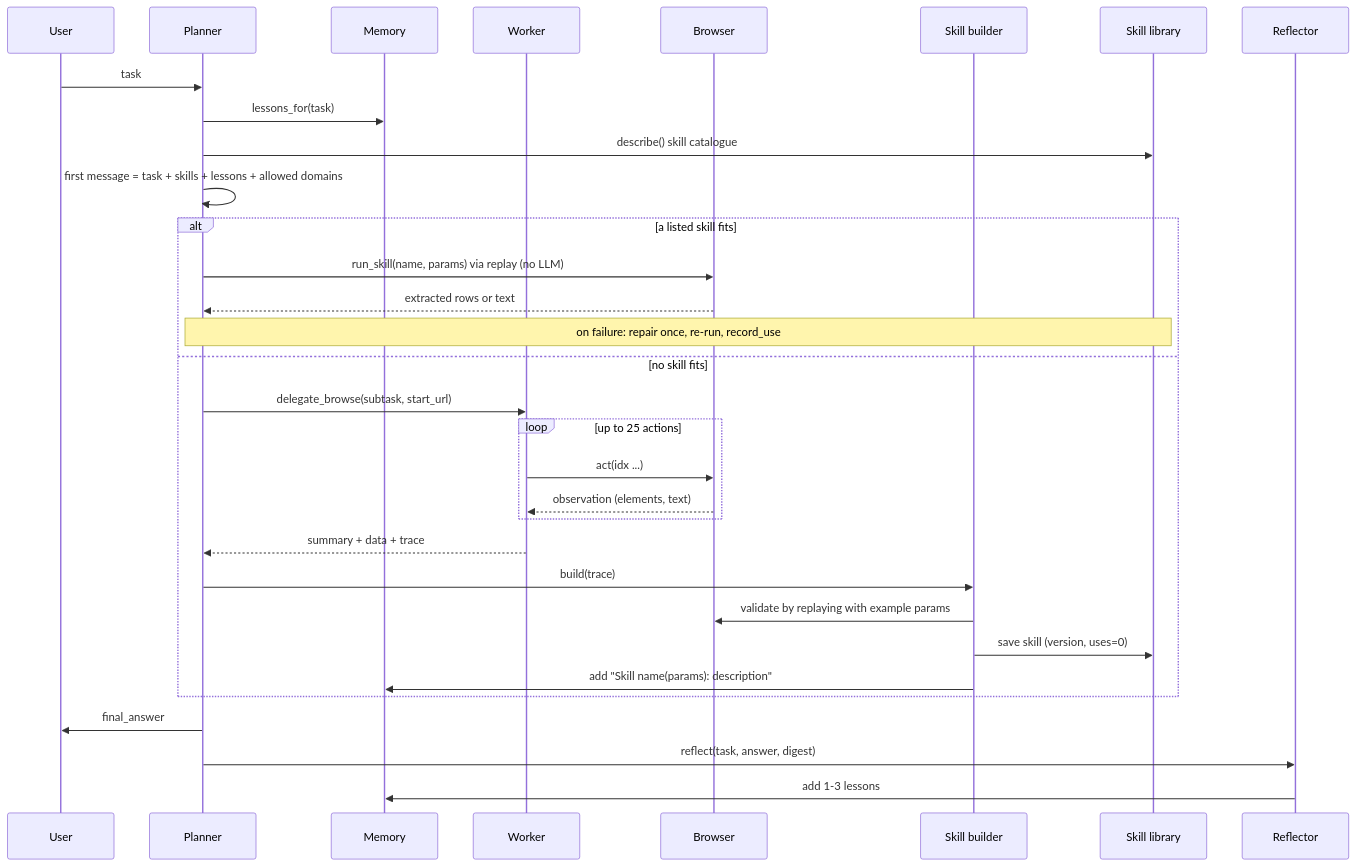
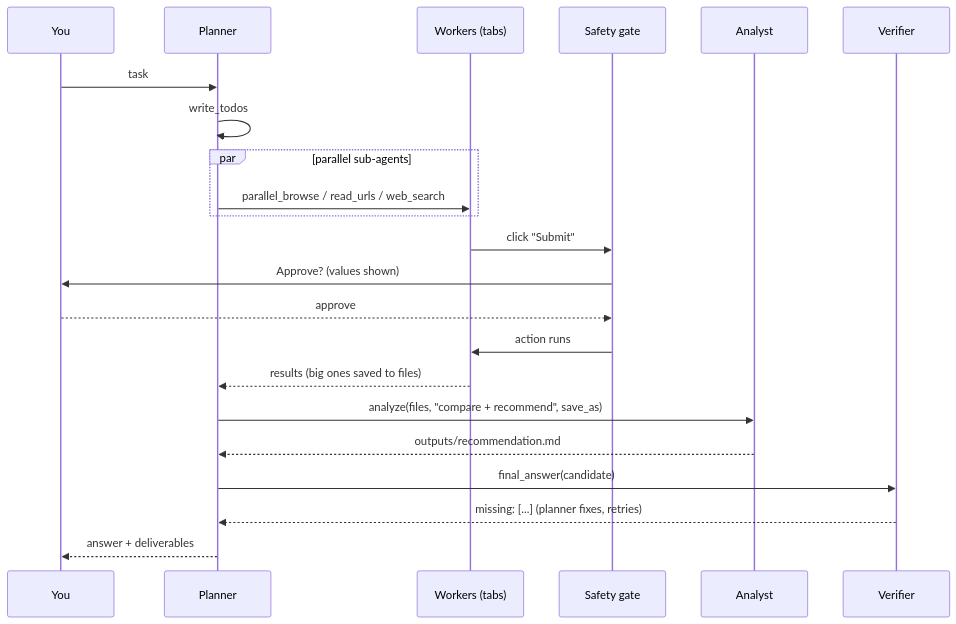
Before and after one commit to Auro-rium/web-forge: the diagram in docs/ARCHITECTURE.md, drawn with Mermaid. The commit also changed other lines of this file and 66 other files, not shown here.

````diff
--- a/docs/ARCHITECTURE.md
+++ b/docs/ARCHITECTURE.md
@@ -80,34 +53,24 @@
 ```mermaid
 sequenceDiagram
-    participant U as User
+    participant U as You
     participant P as Planner
-    participant Mem as Memory
-    participant W as Worker
-    participant Br as Browser
-    participant SB as Skill builder
-    participant Lib as Skill library
-    participant Rf as Reflector
+    participant W as Workers (tabs)
+    participant G as Safety gate
+    participant A as Analyst
+    participant V as Verifier
     U->>P: task
-    P->>Mem: lessons_for(task)
-    P->>Lib: describe() skill catalogue
-    P->>P: first message = task + skills + lessons + allowed domains
-    alt a listed skill fits
-        P->>Br: run_skill(name, params) via replay (no LLM)
-        Br-->>P: extracted rows or text
-        Note over P,Lib: on failure: repair once, re-run, record_use
-    else no skill fits
-        P->>W: delegate_browse(subtask, start_url)
-        loop up to 25 actions
-            W->>Br: act(idx ...)
-            Br-->>W: observation (elements, text)
-        end
-        W-->>P: summary + data + trace
-        P->>SB: build(trace)
-        SB->>Br: validate by replaying with example params
-        SB->>Lib: save skill (version, uses=0)
-        SB->>Mem: add "Skill name(params): description"
+    P->>P: write_todos
+    par parallel sub-agents
+        P->>W: parallel_browse / read_urls / web_search
     end
-    P->>U: final_answer
-    P->>Rf: reflect(task, answer, digest)
-    Rf->>Mem: add 1-3 lessons
+    W->>G: click "Submit"
+    G->>U: Approve? (values shown)
+    U-->>G: approve
+    G->>W: action runs
+    W-->>P: results (big ones saved to files)
+    P->>A: analyze(files, "compare + recommend", save_as)
+    A-->>P: outputs/recommendation.md
+    P->>V: final_answer(candidate)
+    V-->>P: missing: [...]  (planner fixes, retries)
+    P-->>U: answer + deliverables
 ```
````
